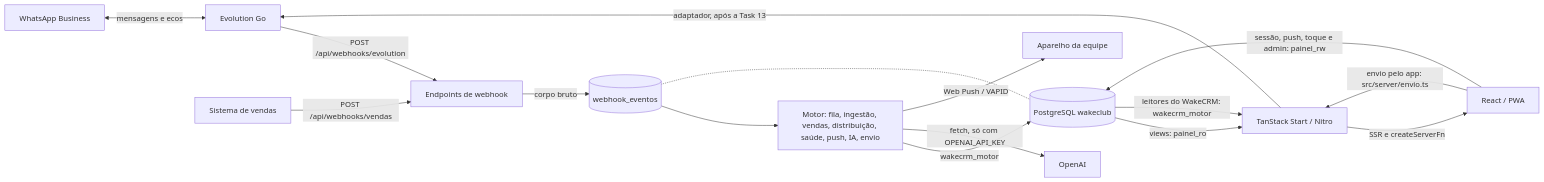
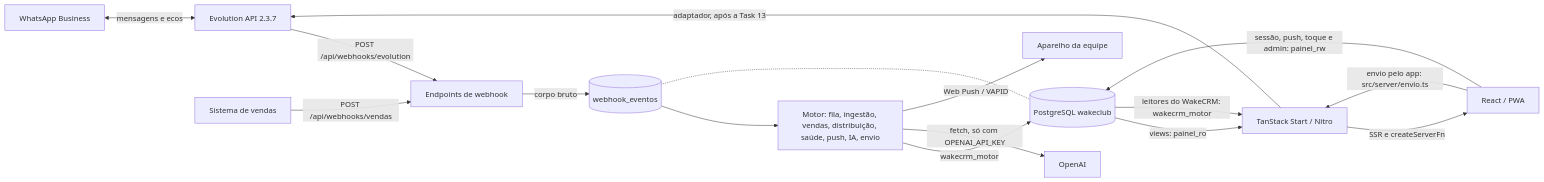
The first of 2 diagrams in docs/architecture.md (felip2ee/dash-wakeclub-crm-wpp), drawn with Mermaid before and after one commit. The commit also changed other lines of this file and 7 other files, not shown here.

````diff
--- a/docs/architecture.md
+++ b/docs/architecture.md
@@ -44,18 +45,18 @@
 ```mermaid
 flowchart LR
-  WA[WhatsApp Business] <-->|mensagens e ecos| EV[Evolution Go]
+  WA[WhatsApp Business] <-->|mensagens e ecos| EV[Evolution API 2.3.7]
   EV -->|POST /api/webhooks/evolution| WH[Endpoints de webhook]
   VEN[Sistema de vendas] -->|POST /api/webhooks/vendas| WH
   WH -->|corpo bruto| FILA[(webhook_eventos)]
   FILA --> MOTOR[Motor: fila, ingestão, vendas, distribuição, saúde, push, IA, envio]
   MOTOR -->|wakecrm_motor| PG[(PostgreSQL wakeclub)]
   MOTOR -->|fetch, só com OPENAI_API_KEY| OAI[OpenAI]
   FILA -.- PG
   PG -->|views: painel_ro| SERVER[TanStack Start / Nitro]
   PG -->|leitores do WakeCRM: wakecrm_motor| SERVER
   SERVER -->|SSR e createServerFn| WEB[React / PWA]
   WEB -->|sessão, push, toque e admin: painel_rw| PG
   WEB -->|envio pelo app: src/server/envio.ts| SERVER
   SERVER -->|adaptador, após a Task 13| EV
   MOTOR -->|Web Push / VAPID| DEVICE[Aparelho da equipe]
 ```
````
